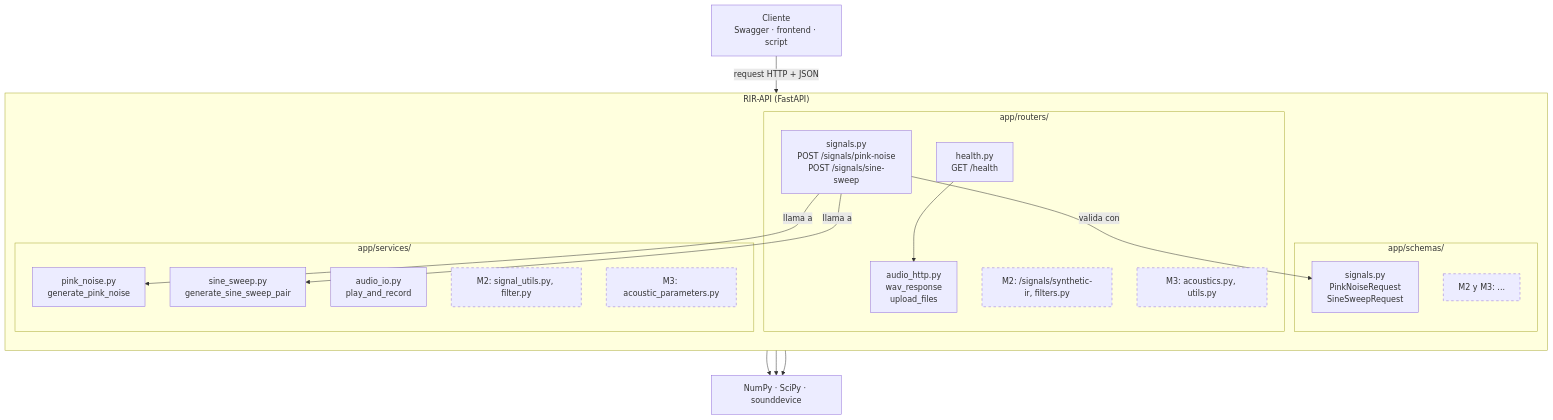
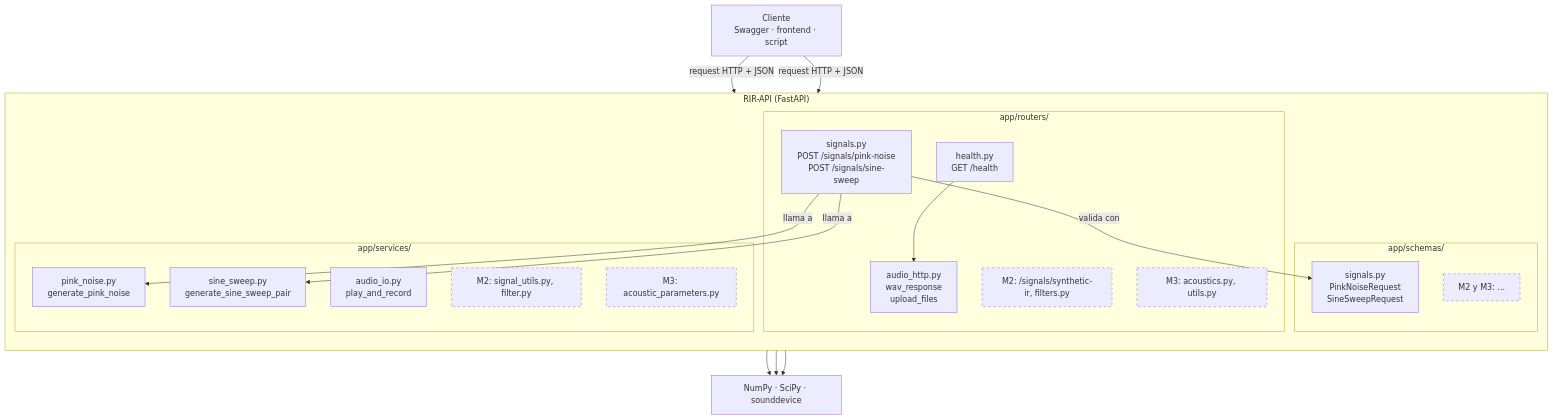
One commit to alejo1129/rir-api changed the diagram in README.md. Above: the diagram before and after it, drawn with Mermaid.

````diff
--- a/README.md
+++ b/README.md
@@ -70,36 +70,37 @@
 ```mermaid
 flowchart TB
     C["Cliente<br/>Swagger · frontend · script"]
     subgraph API["RIR-API (FastAPI)"]
         direction TB
         subgraph R["app/routers/"]
             RH["health.py<br/>GET /health"]
             RAH["audio_http.py<br/>wav_response<br/>upload_files"]
             RS["signals.py<br/>POST /signals/pink-noise<br/>POST /signals/sine-sweep"]
             RM2["M2: /signals/synthetic-ir, filters.py"]
             RM3["M3: acoustics.py, utils.py"]
         end
         subgraph SC["app/schemas/"]
             SS["signals.py<br/>PinkNoiseRequest<br/>SineSweepRequest"]
             SM["M2 y M3: ..."]
         end
         subgraph SV["app/services/"]
             PN["pink_noise.py<br/>generate_pink_noise"]
             SW["sine_sweep.py<br/>generate_sine_sweep_pair"]
             IO["audio_io.py<br/>play_and_record"]
             VM2["M2: signal_utils.py, filter.py"]
             VM3["M3: acoustic_parameters.py"]
         end
     end
     L["NumPy · SciPy · sounddevice"]
     C -->|"request HTTP + JSON"| RS
+    C -->|"request HTTP + JSON"| RH
     RS -->|"valida con"| SS
     RS -->|"llama a"| PN
     RS -->|"llama a"| SW
     PN --> L
     SW --> L
     IO --> L
     RH --> RAH
     classDef pendiente stroke-dasharray: 5 5
     class RM2,RM3,SM,VM2,VM3 pendiente
 ```
````
